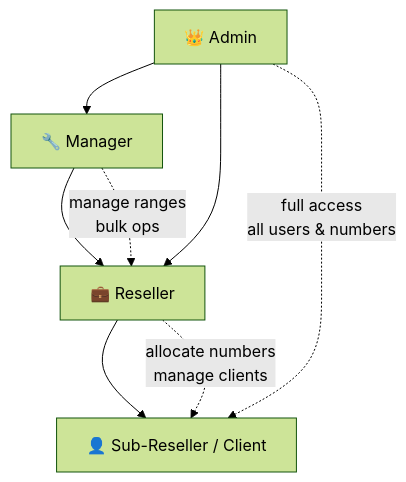
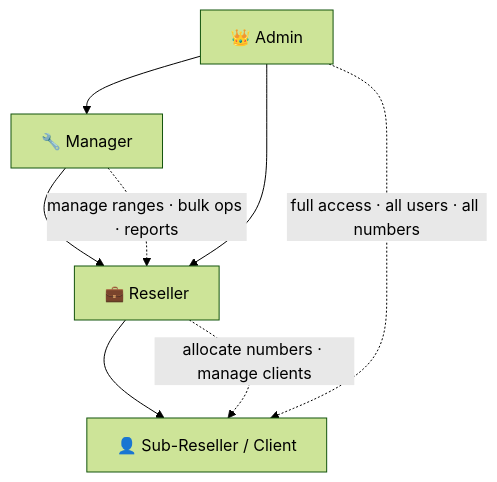
One commit to Adnan5740/sigmapanel-ci changed the fourth of 4 diagrams in README.md. Above: the diagram before and after it, drawn with Mermaid (forest theme). The commit also changed other lines of this file and 2 other files, not shown here.

````diff
--- a/README.md
+++ b/README.md
@@ -98,10 +98,10 @@
 ```mermaid
 graph TD
     A[👑 Admin] --> B[🔧 Manager]
     A --> C[💼 Reseller]
     B --> C
     C --> D[👤 Sub-Reseller / Client]
-    A -. "full access\nall users & numbers" .-> D
-    C -. "allocate numbers\nmanage clients" .-> D
-    B -. "manage ranges\nbulk ops" .-> C
+    A -. "full access · all users · all numbers" .-> D
+    C -. "allocate numbers · manage clients" .-> D
+    B -. "manage ranges · bulk ops · reports" .-> C
 ```
````
